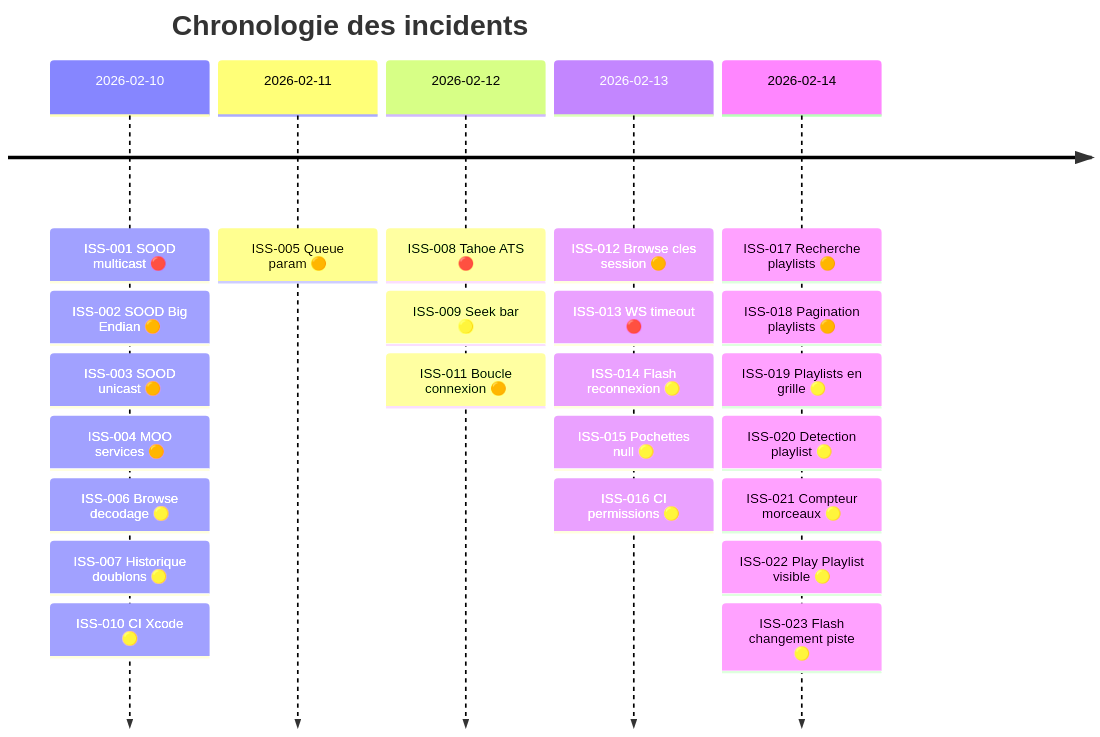
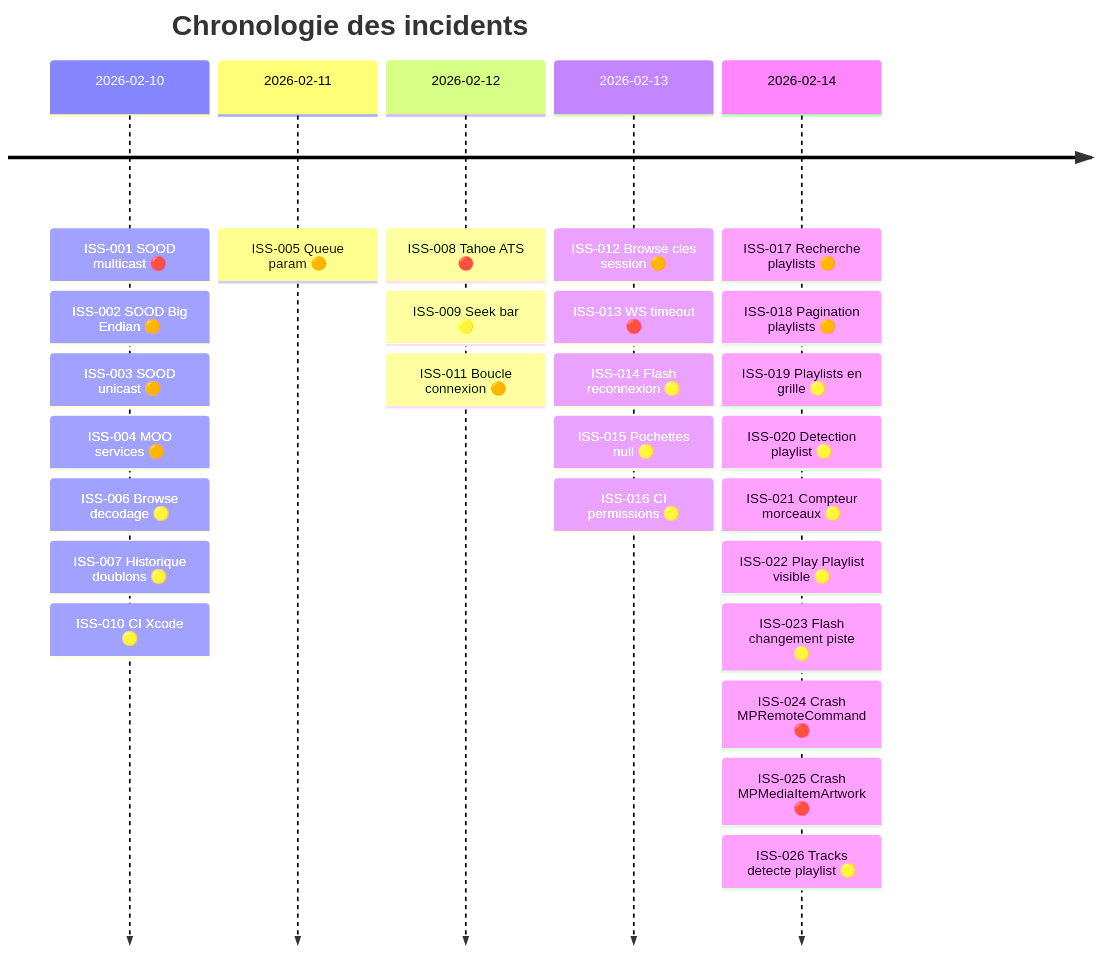
One commit to renesenses/roon-controller changed the second of 2 diagrams in docs/ISSUES.md. Above: the diagram before and after it, drawn with Mermaid. The commit also changed other lines of this file and 15 other files, not shown here.

````diff
--- a/docs/ISSUES.md
+++ b/docs/ISSUES.md
@@ -14,27 +14,30 @@
 ```mermaid
 timeline
     title Chronologie des incidents
     2026-02-10 : ISS-001 SOOD multicast 🔴
                : ISS-002 SOOD Big Endian 🟠
                : ISS-003 SOOD unicast 🟠
                : ISS-004 MOO services 🟠
                : ISS-006 Browse decodage 🟡
                : ISS-007 Historique doublons 🟡
                : ISS-010 CI Xcode 🟡
     2026-02-11 : ISS-005 Queue param 🟠
     2026-02-12 : ISS-008 Tahoe ATS 🔴
                : ISS-009 Seek bar 🟡
                : ISS-011 Boucle connexion 🟠
     2026-02-13 : ISS-012 Browse cles session 🟠
                : ISS-013 WS timeout 🔴
                : ISS-014 Flash reconnexion 🟡
                : ISS-015 Pochettes null 🟡
                : ISS-016 CI permissions 🟡
     2026-02-14 : ISS-017 Recherche playlists 🟠
                : ISS-018 Pagination playlists 🟠
                : ISS-019 Playlists en grille 🟡
                : ISS-020 Detection playlist 🟡
                : ISS-021 Compteur morceaux 🟡
                : ISS-022 Play Playlist visible 🟡
                : ISS-023 Flash changement piste 🟡
+               : ISS-024 Crash MPRemoteCommand 🔴
+               : ISS-025 Crash MPMediaItemArtwork 🔴
+               : ISS-026 Tracks detecte playlist 🟡
 ```
````
